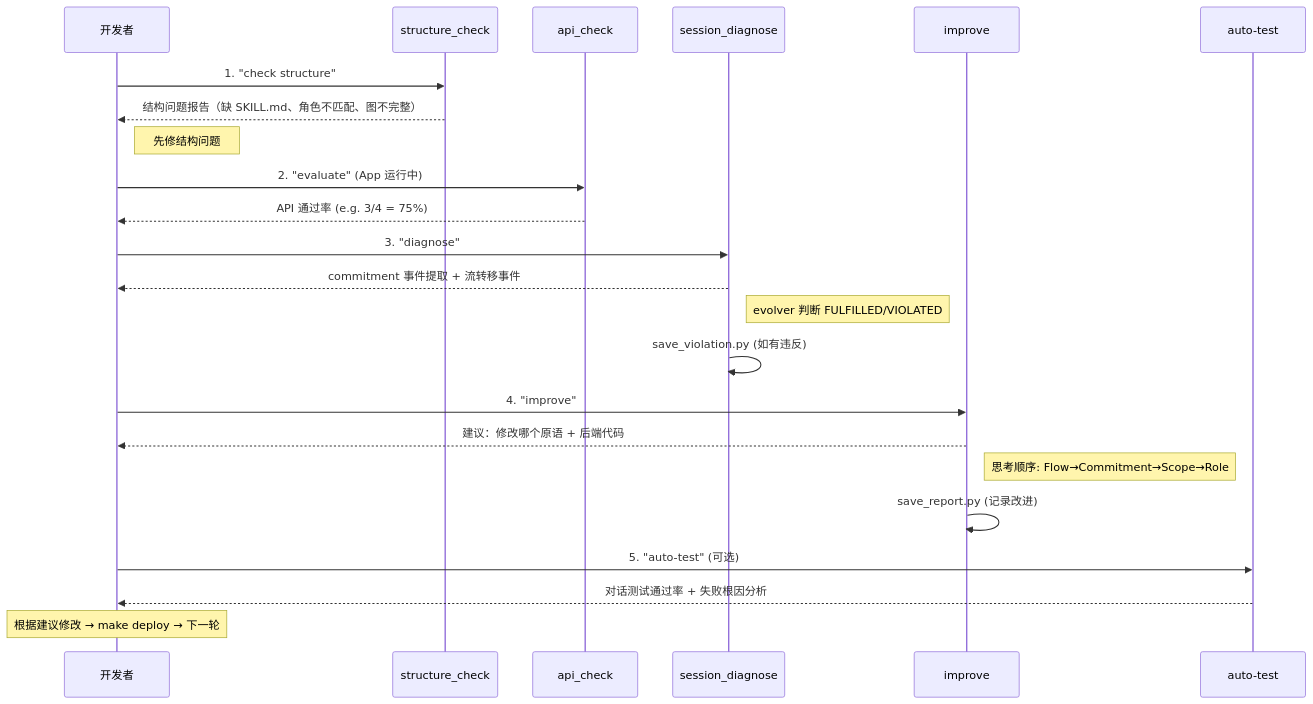
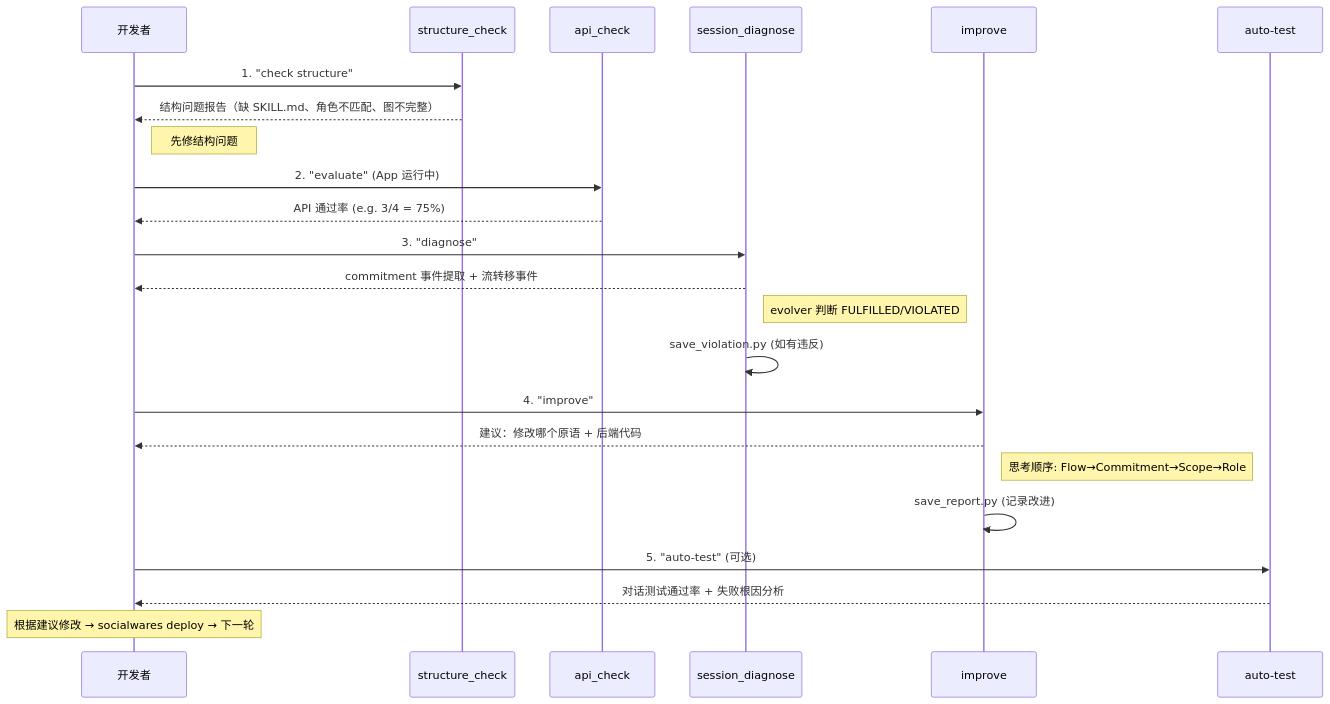
Before and after one commit to ezagent42/Socialwares: the third of 4 diagrams in docs/guides/006-dev-guide.md, drawn with Mermaid. The commit also changed other lines of this file and 77 other files, not shown here.

````diff
--- a/docs/guides/006-dev-guide.md
+++ b/docs/guides/006-dev-guide.md
@@ -139,31 +146,31 @@
 ```mermaid
 sequenceDiagram
     participant Dev as 开发者
     participant SC as structure_check
     participant AC as api_check
     participant SD as session_diagnose
     participant Imp as improve
     participant AT as auto-test
 
     Dev->>SC: 1. "check structure"
     SC-->>Dev: 结构问题报告（缺 SKILL.md、角色不匹配、图不完整）
     Note right of Dev: 先修结构问题
 
     Dev->>AC: 2. "evaluate" (App 运行中)
     AC-->>Dev: API 通过率 (e.g. 3/4 = 75%)
 
     Dev->>SD: 3. "diagnose"
     SD-->>Dev: commitment 事件提取 + 流转移事件
     Note right of SD: evolver 判断 FULFILLED/VIOLATED
     SD->>SD: save_violation.py (如有违反)
 
     Dev->>Imp: 4. "improve"
     Imp-->>Dev: 建议：修改哪个原语 + 后端代码
     Note right of Imp: 思考顺序: Flow→Commitment→Scope→Role
     Imp->>Imp: save_report.py (记录改进)
 
     Dev->>AT: 5. "auto-test" (可选)
     AT-->>Dev: 对话测试通过率 + 失败根因分析
 
-    Note over Dev: 根据建议修改 → make deploy → 下一轮
+    Note over Dev: 根据建议修改 → socialwares deploy → 下一轮
 ```
````
